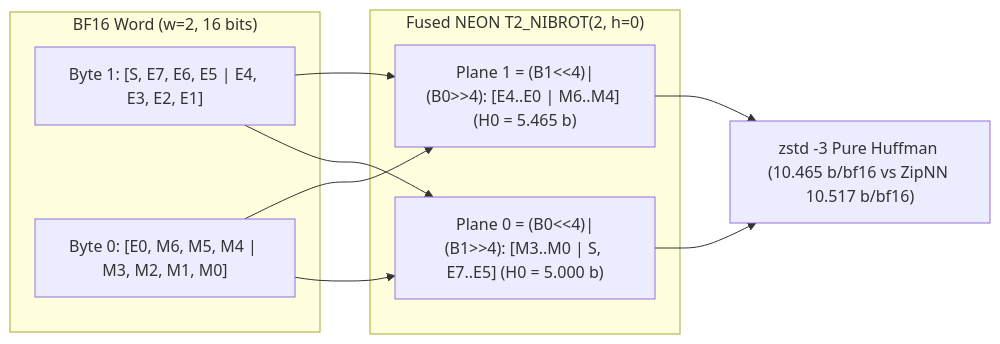
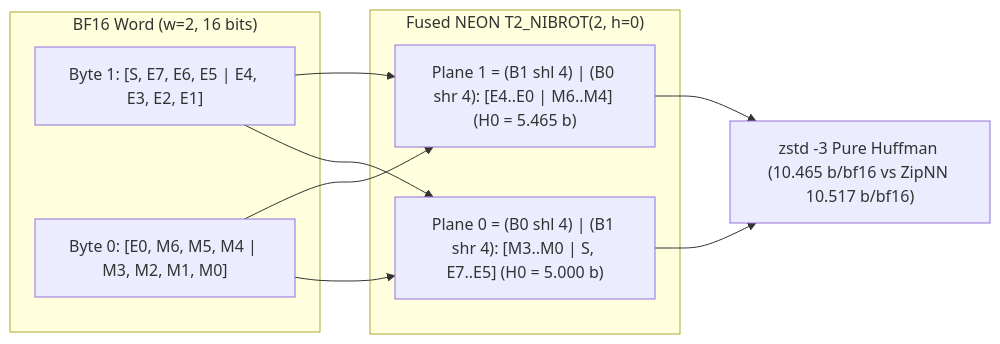
The third of 5 diagrams in ARCHITECTURE.md (austinjohnathand-code/asv4-compression), drawn with Mermaid before and after one commit. The commit also changed other lines of this file and 4 other files, not shown here.

Commit message:
Polish v4.1 release: Mermaid escaping, top-level Makefile, and real corpus downloader

````diff
--- a/ARCHITECTURE.md
+++ b/ARCHITECTURE.md
@@ -95,20 +95,20 @@
 ```mermaid
 flowchart LR
     subgraph BF16["BF16 Word (w=2, 16 bits)"]
         B1["Byte 1: [S, E7, E6, E5 | E4, E3, E2, E1]"]
         B0["Byte 0: [E0, M6, M5, M4 | M3, M2, M1, M0]"]
     end
 
     subgraph NIB["Fused NEON T2_NIBROT(2, h=0)"]
-        R1["Plane 1 = (B1<<4)|(B0>>4): [E4..E0 | M6..M4] (H0 = 5.465 b)"]
-        R0["Plane 0 = (B0<<4)|(B1>>4): [M3..M0 | S, E7..E5] (H0 = 5.000 b)"]
+        R1["Plane 1 = (B1 shl 4) | (B0 shr 4): [E4..E0 | M6..M4] (H0 = 5.465 b)"]
+        R0["Plane 0 = (B0 shl 4) | (B1 shr 4): [M3..M0 | S, E7..E5] (H0 = 5.000 b)"]
     end
 
     B1 --> R1
     B0 --> R1
     B0 --> R0
     B1 --> R0
 
     R1 --> Z["zstd -3 Pure Huffman (10.465 b/bf16 vs ZipNN 10.517 b/bf16)"]
     R0 --> Z
 ```
````
